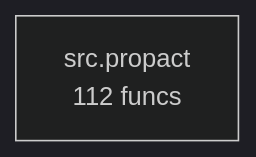
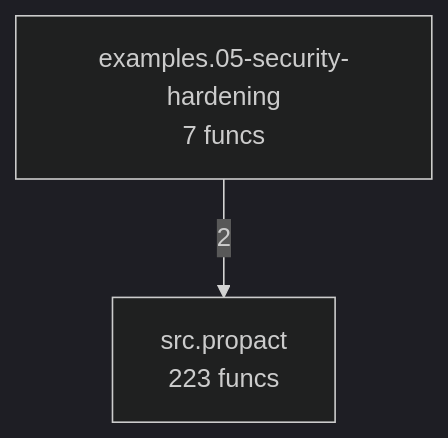
The diagram in project/compact_flow.mmd (pactown-com/propact), drawn with Mermaid (dark theme) before and after one commit. The commit also changed 100 other files, not shown here.

```diff
--- a/project/compact_flow.mmd
+++ b/project/compact_flow.mmd
@@ -1,2 +1,4 @@
 flowchart TD
-    src__propact["src.propact<br/>112 funcs"]
+    examples__05_security_hardening["examples.05-security-hardening<br/>7 funcs"]
+    src__propact["src.propact<br/>223 funcs"]
+    examples__05_security_hardening -->|2| src__propact
```
